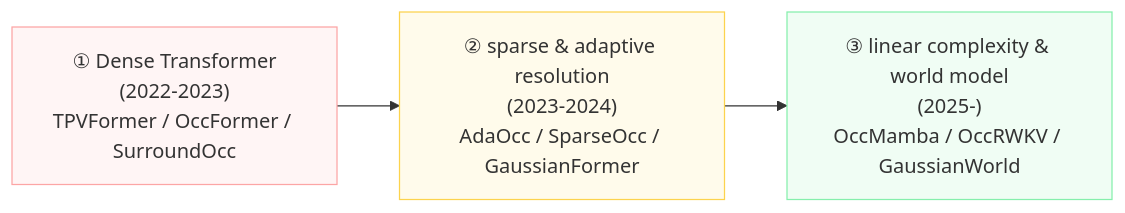
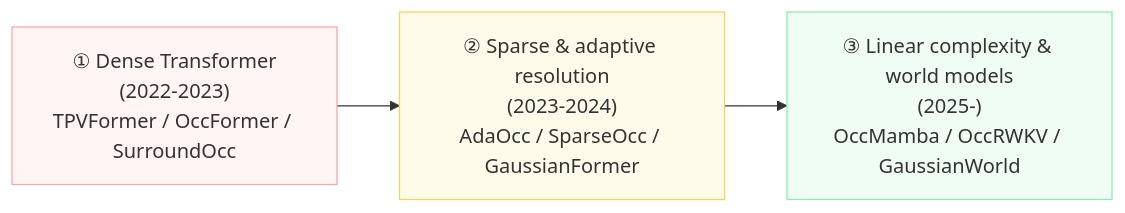
Before and after one commit to TingdeLiu/tingdeliu.github.io: the third of 3 diagrams in _translations/en/research/Spatial-Intelligence-Survey.md, drawn with Mermaid. The commit also changed other lines of this file and 51 other files, not shown here.

````diff
--- a/_translations/en/research/Spatial-Intelligence-Survey.md
+++ b/_translations/en/research/Spatial-Intelligence-Survey.md
@@ -652,8 +652,8 @@
 ```mermaid
 graph LR
-    A["① Dense Transformer<br/>(2022-2023)<br/>TPVFormer / OccFormer / SurroundOcc"] --> B["② sparse & adaptive resolution<br/>(2023-2024)<br/>AdaOcc / SparseOcc / GaussianFormer"]
-    B --> C["③ linear complexity & world model<br/>(2025-)<br/>OccMamba / OccRWKV / GaussianWorld"]
+    A["① Dense Transformer<br/>(2022-2023)<br/>TPVFormer / OccFormer / SurroundOcc"] --> B["② Sparse & adaptive resolution<br/>(2023-2024)<br/>AdaOcc / SparseOcc / GaussianFormer"]
+    B --> C["③ Linear complexity & world models<br/>(2025-)<br/>OccMamba / OccRWKV / GaussianWorld"]
     style A fill:#fff5f5,stroke:#fca5a5
     style B fill:#fffbeb,stroke:#fcd34d
     style C fill:#f0fdf4,stroke:#86efac
 ```
````
